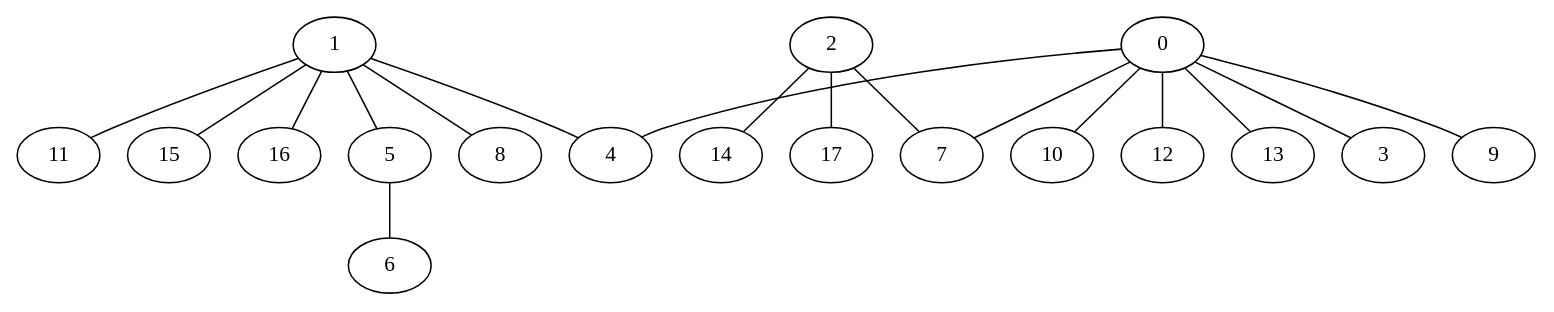
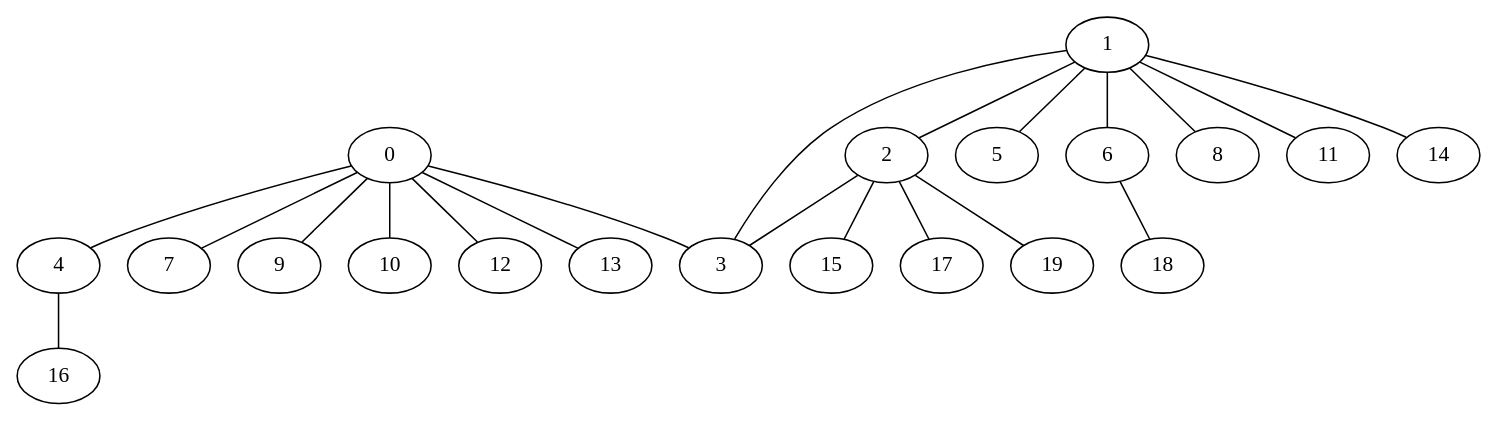
One commit to corentinckf/projetZ1 changed the diagram in partition/foret.dot. Above: the diagram before and after it, drawn with Graphviz. The commit also changed 25 other files, not shown here.

```diff
--- a/partition/foret.dot
+++ b/partition/foret.dot
@@ -1,37 +1,42 @@
 graph {
 	0
 	1
 	2
 	3
 	4
 	5
 	6
 	7
 	8
 	9
 	10
 	11
 	12
 	13
 	14
 	15
 	16
 	17
+	18
+	19
 	0 -- 3
 	0 -- 4
 	0 -- 7
 	0 -- 9
 	0 -- 10
 	0 -- 12
 	0 -- 13
-	1 -- 4
+	1 -- 2
+	1 -- 3
 	1 -- 5
+	1 -- 6
 	1 -- 8
 	1 -- 11
-	1 -- 15
-	1 -- 16
-	2 -- 7
-	2 -- 14
+	1 -- 14
+	2 -- 3
+	2 -- 15
 	2 -- 17
-	5 -- 6
+	2 -- 19
+	4 -- 16
+	6 -- 18
 }
```
